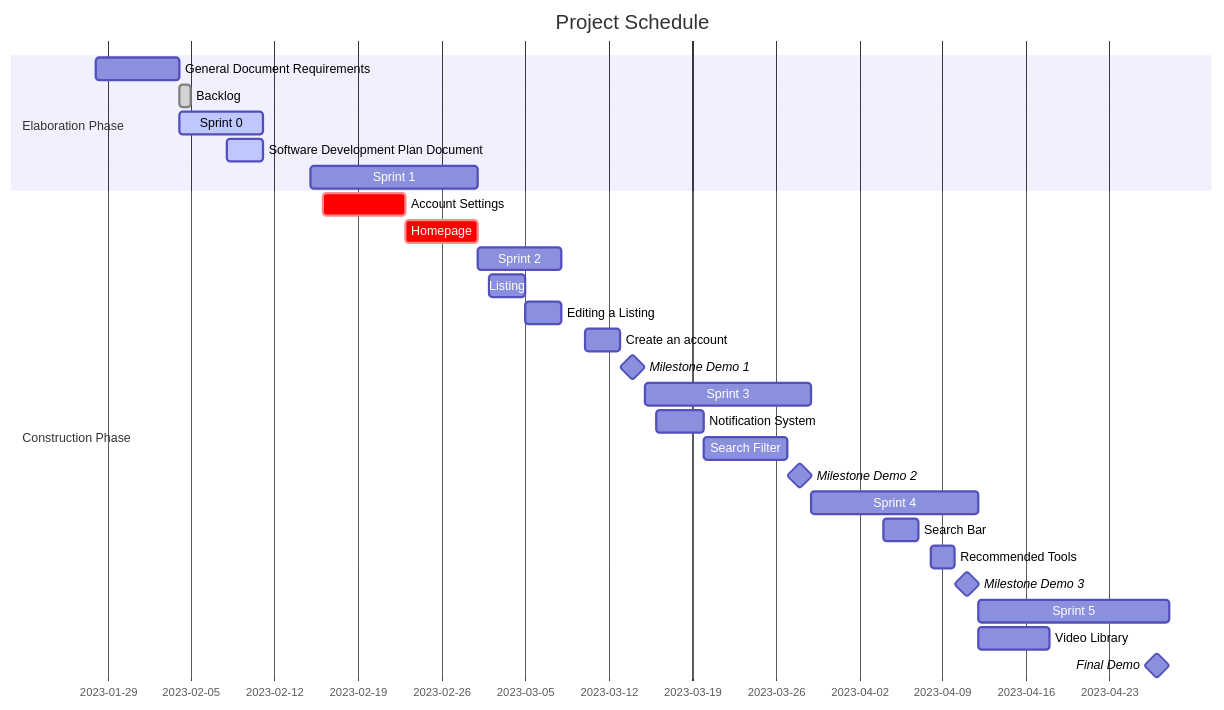
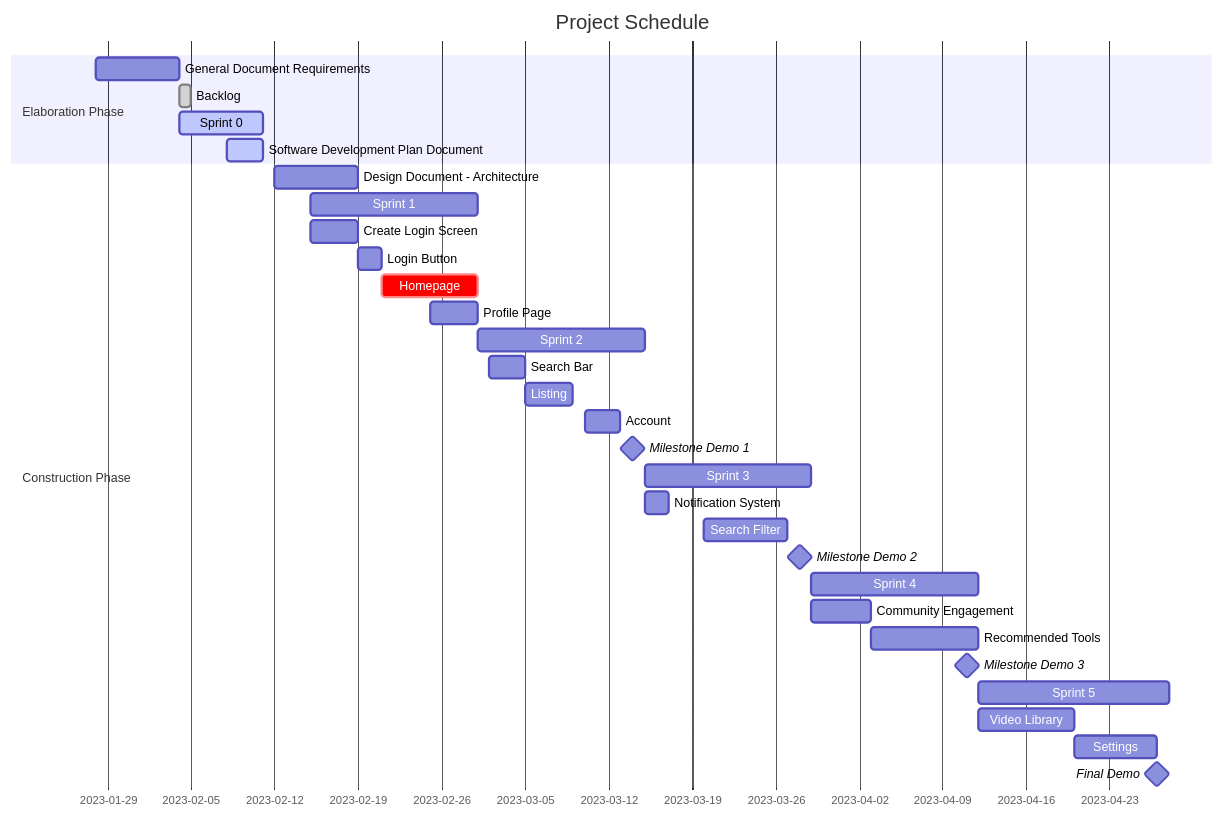
One commit to JustinG512/toolshed changed the diagram in documentation/docs/development-plan/schedule.md. Above: the diagram before and after it, drawn with Mermaid. The commit also changed other lines of this file and 22490 other files, not shown here.

````diff
--- a/documentation/docs/development-plan/schedule.md
+++ b/documentation/docs/development-plan/schedule.md
@@ -7,36 +7,46 @@
 ```mermaid
 gantt
     dateFormat  YYYY-MM-DD
     title       Project Schedule
 
     section Elaboration Phase
     General Document Requirements: des1, 2023-01-28, 1w
     Backlog                   :    done, after des1, 1d
     Sprint 0                  :    active, des2, after des1, 1w
        Software Development Plan Document   : active, 2023-02-08, 3d
-    Sprint 1                  :             , 2023-02-15, 2w
-    
+      
 
     section Construction Phase
-    Account Settings            :crit,  des5, 2023-02-16, 7d
-    Homepage                    :crit,  des6, after des5, 6d
-    Sprint 2                    :             , 2023-03-01, 1w
-        Listing                     :         des7, 2023-03-02, 3d
-        Editing a Listing           :         des8, after des7, 3d
-        Create an account           :         , 2023-03-10, 3d
+    Design Document - Architecture :        , 2023-02-12, 1w
+    
+    Sprint 1                  :     , 2023-02-15, 2w
+        Create Login Screen   : des5, 2023-02-15, 4d
+        Login Button          : des6, after des5, 2d
+        Homepage              : crit, 2023-02-21, 8d
+        Profile Page          :     , 2023-02-25, 4d
+    
+    Sprint 2                  :     , 2023-03-01, 2w
+        Search Bar            : des7, 2023-03-02, 3d
+        Listing               : des8, after des7, 4d
+        Account               :     , 2023-03-10, 3d
   
-   Milestone Demo 1                     :milestone, 2023-03-14, 0d
-   Sprint 3                             :    , 2023-03-15, 2w
-        Notification System          :   , 2023-03-16, 4d
-        Search Filter                :   , 2023-03-20, 7d
-   Milestone Demo 2                     :milestone, 2023-03-28, 0d
-   Sprint 4                             :    , 2023-03-29, 2w
-        Search Bar                  :         , 2023-04-04, 3d
-        Recommended Tools            :        , 2023-04-08, 2d
-   Milestone Demo 3                     :milestone, 2023-04-11, 0d
-   Sprint 5                             :    , 2023-04-12, 16d
-        Video Library                        :    , 2023-04-12, 6d
- 
-   Final Demo                           :milestone, 2023-04-27, 0d
+   Milestone Demo 1           :milestone, 2023-03-14, 0d
+   
+   Sprint 3                   :     , 2023-03-15, 2w
+        Notification System   :     , 2023-03-15, 2d
+        Search Filter         :     , 2023-03-20, 7d
+   
+   Milestone Demo 2           :milestone, 2023-03-28, 0d
+   
+   Sprint 4                   :    , 2023-03-29, 2w
+        Community Engagement  :    , 2023-03-29, 5d
+        Recommended Tools     :    , 2023-04-03, 9d
+   
+   Milestone Demo 3           :milestone, 2023-04-11, 0d
+   
+   Sprint 5                   :    , 2023-04-12, 16d
+        Video Library         :    , 2023-04-12, 8d
+        Settings              :    , 2023-04-20, 7d
+   Final Demo                 :milestone, 2023-04-27, 0d
    
 ```
````
